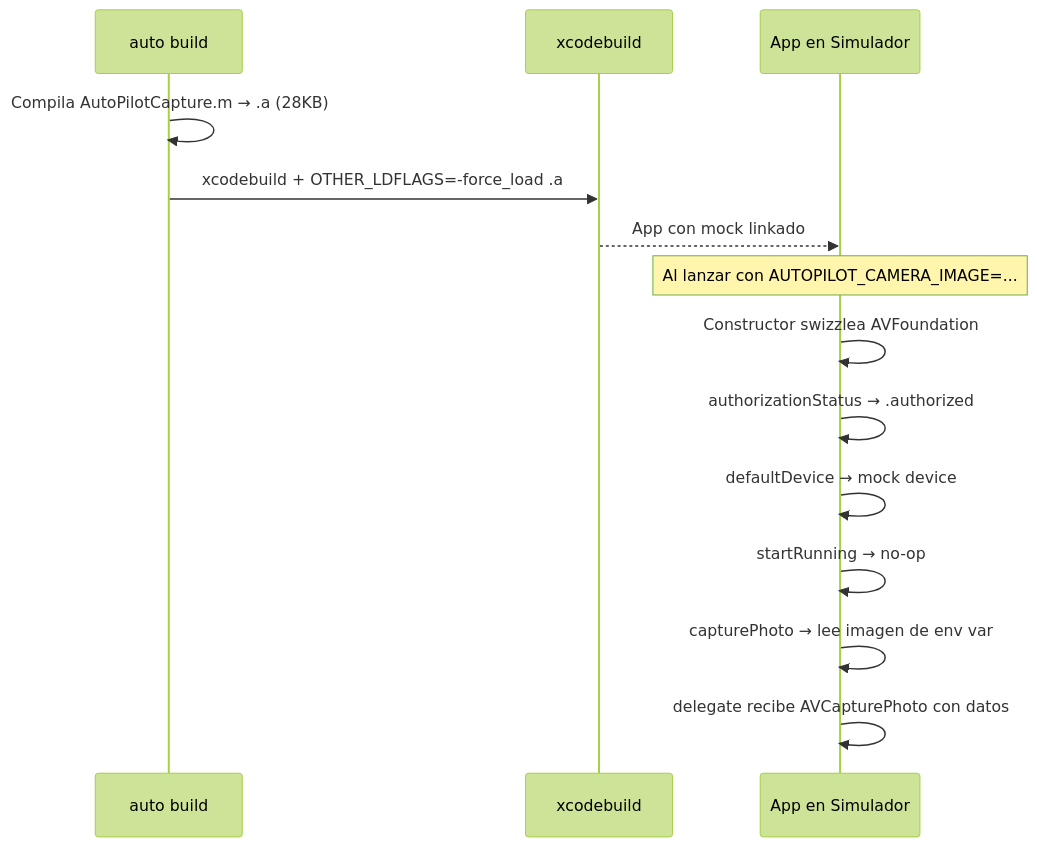
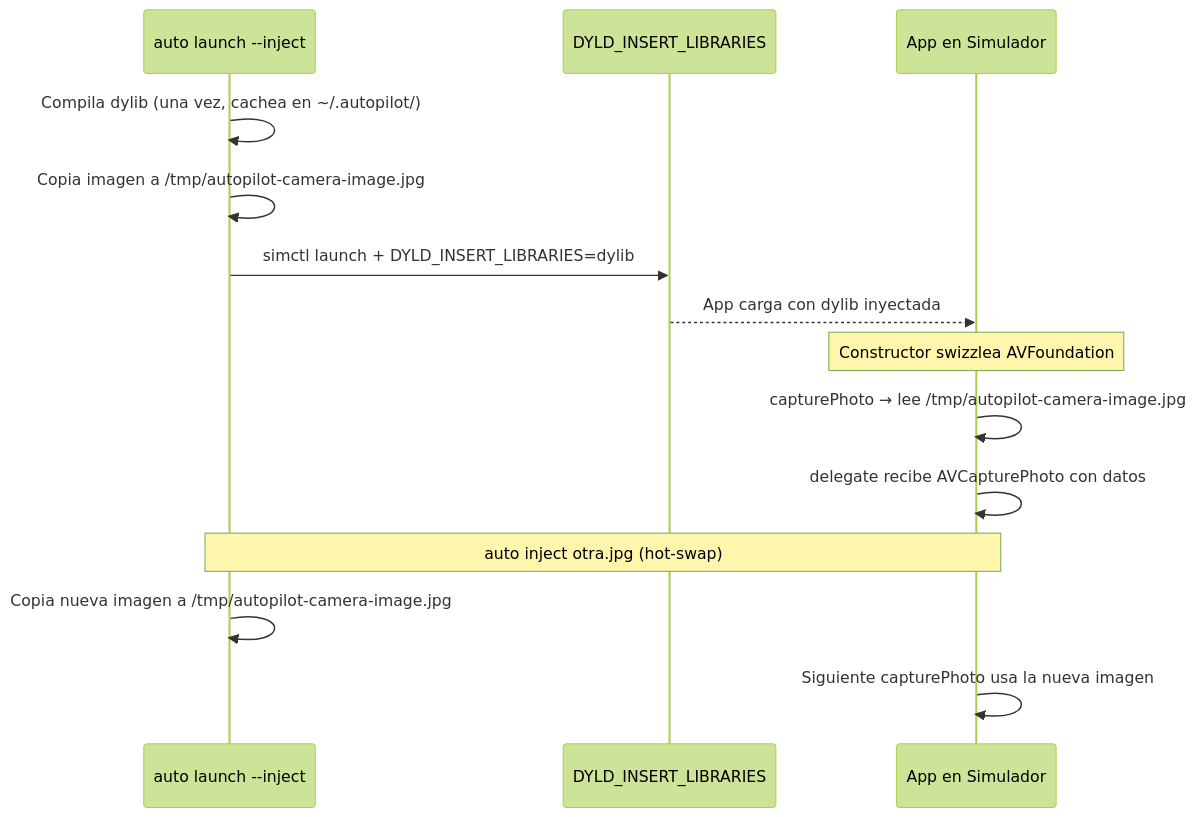
Before and after one commit to fsaldivar-dev/AutoPilot: the fifth of 5 diagrams in README.md, drawn with Mermaid (forest theme). The commit also changed other lines of this file, not shown here.

First line of the commit message:
docs: documentar launch --inject y auto inject en README

````diff
--- a/README.md
+++ b/README.md
@@ -373,18 +396,19 @@
 ```mermaid
 sequenceDiagram
-    participant AB as auto build
-    participant XC as xcodebuild
+    participant CLI as auto launch --inject
+    participant DL as DYLD_INSERT_LIBRARIES
     participant App as App en Simulador
 
-    AB->>AB: Compila AutoPilotCapture.m → .a (28KB)
-    AB->>XC: xcodebuild + OTHER_LDFLAGS=-force_load .a
-    XC-->>App: App con mock linkado
+    CLI->>CLI: Compila dylib (una vez, cachea en ~/.autopilot/)
+    CLI->>CLI: Copia imagen a /tmp/autopilot-camera-image.jpg
+    CLI->>DL: simctl launch + DYLD_INSERT_LIBRARIES=dylib
+    DL-->>App: App carga con dylib inyectada
 
-    Note over App: Al lanzar con AUTOPILOT_CAMERA_IMAGE=...
-    App->>App: Constructor swizzlea AVFoundation
-    App->>App: authorizationStatus → .authorized
-    App->>App: defaultDevice → mock device
-    App->>App: startRunning → no-op
-    App->>App: capturePhoto → lee imagen de env var
+    Note over App: Constructor swizzlea AVFoundation
+    App->>App: capturePhoto → lee /tmp/autopilot-camera-image.jpg
     App->>App: delegate recibe AVCapturePhoto con datos
+
+    Note over CLI,App: auto inject otra.jpg (hot-swap)
+    CLI->>CLI: Copia nueva imagen a /tmp/autopilot-camera-image.jpg
+    App->>App: Siguiente capturePhoto usa la nueva imagen
 ```
````
